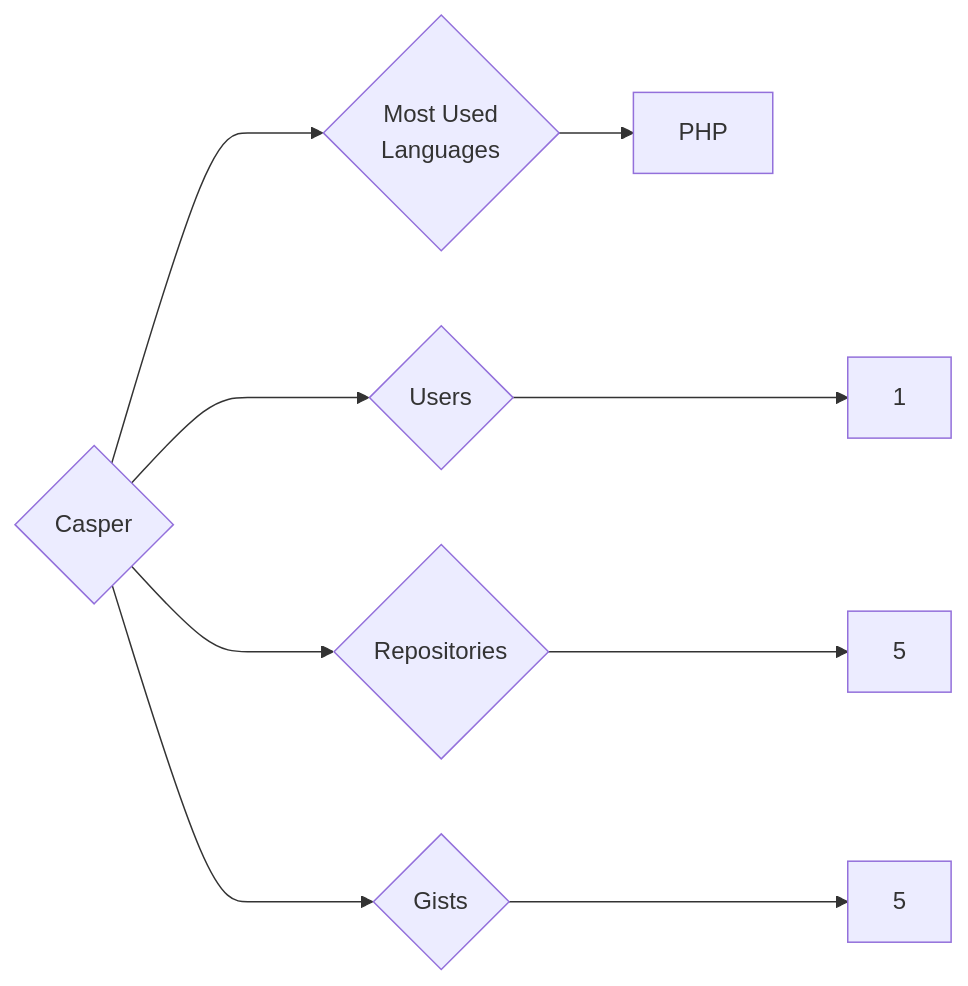
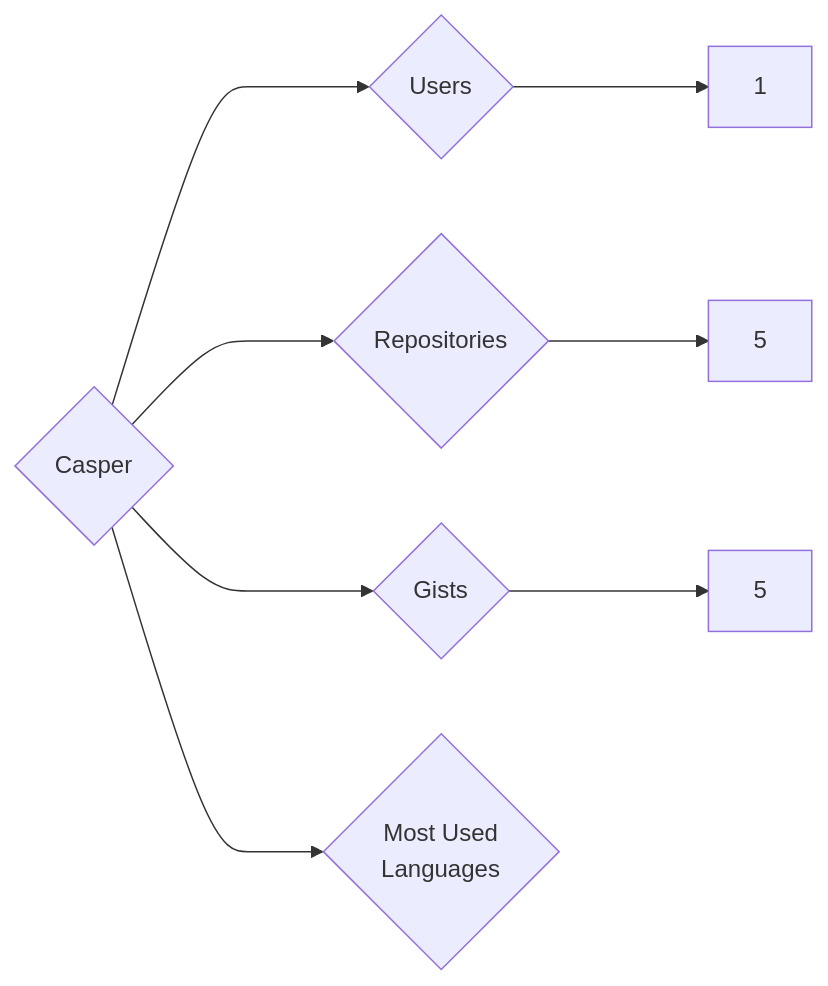
One commit to trickest/insiders changed the diagram in targets/Casper/README.md. Above: the diagram before and after it, drawn with Mermaid. The commit also changed 1149 other files, not shown here.

````diff
--- a/targets/Casper/README.md
+++ b/targets/Casper/README.md
@@ -3,9 +3,8 @@
 ```mermaid
 graph LR
 COMPANY_NAME{Casper}
 COMPANY_NAME ---> U{Users} ---> UN[1]
 COMPANY_NAME ---> R{Repositories} ---> RN[5]
 COMPANY_NAME ---> G{Gists} ---> GN[5]
 COMPANY_NAME ---> ML{Most Used<br>Languages}
-ML --> PHP[PHP]
 ```
````
